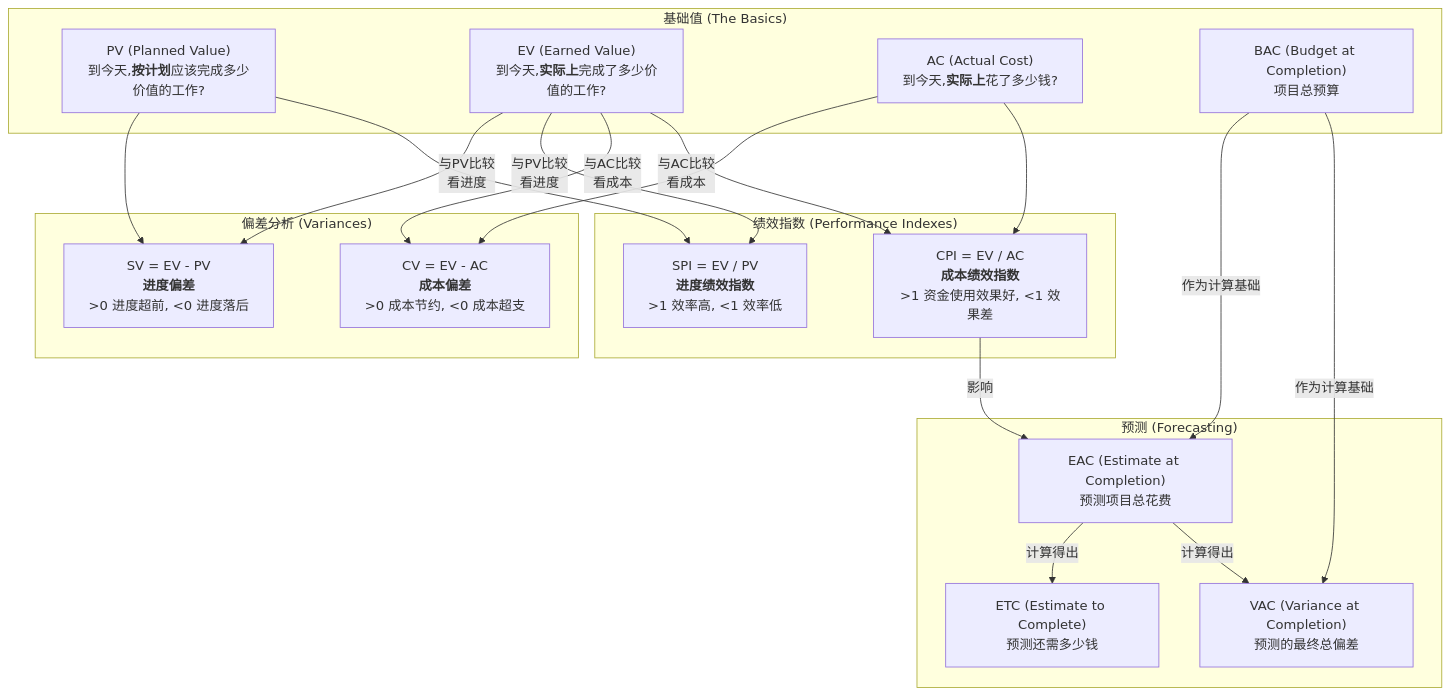
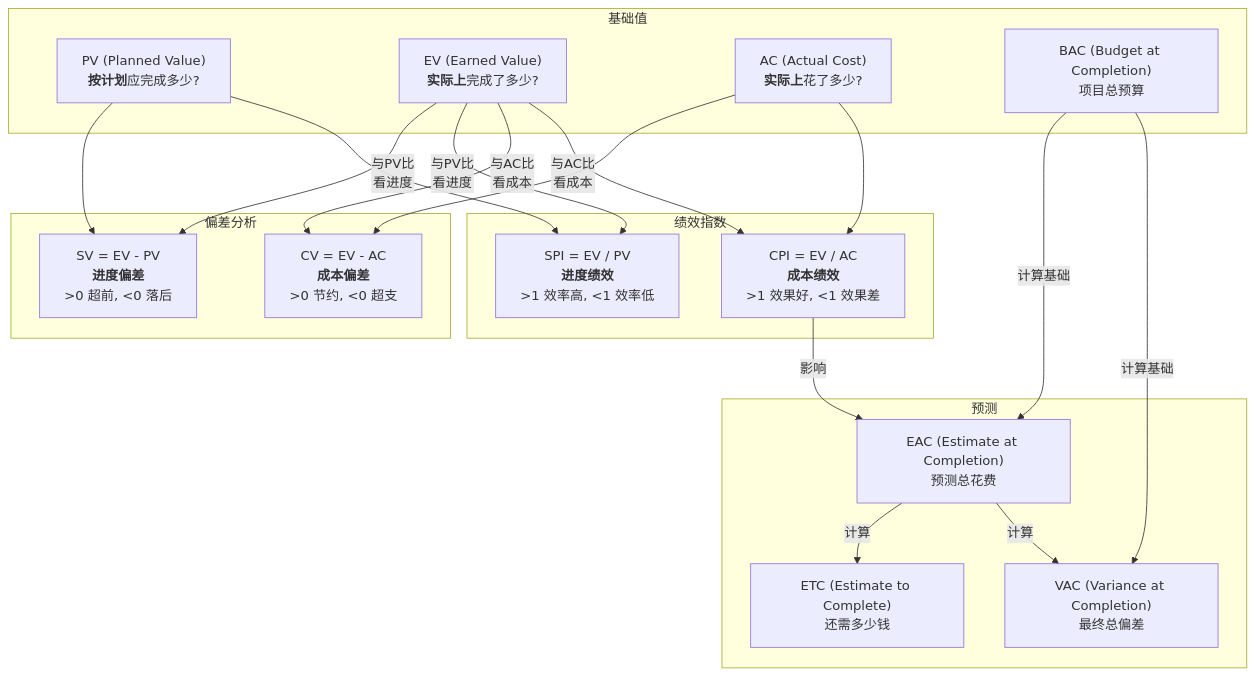
One commit to 7kolor/pmp-notes changed the third of 4 diagrams in notes/02-过程域核心考点精解.md. Above: the diagram before and after it, drawn with Mermaid. The commit also changed other lines of this file and 6 other files, not shown here.

First line of the commit message:
fix: 修复图表显示、标题和格式问题

````diff
--- a/notes/02-过程域核心考点精解.md
+++ b/notes/02-过程域核心考点精解.md
@@ -158,33 +131,33 @@
 ```mermaid
 graph TD
-    subgraph "基础值 (The Basics)"
-        PV["PV (Planned Value)<br>到今天,<b>按计划</b>应该完成多少价值的工作?"]
-        EV["EV (Earned Value)<br>到今天,<b>实际上</b>完成了多少价值的工作?"]
-        AC["AC (Actual Cost)<br>到今天,<b>实际上</b>花了多少钱?"]
+    subgraph 基础值
+        PV["PV (Planned Value)<br><b>按计划</b>应完成多少?"]
+        EV["EV (Earned Value)<br><b>实际上</b>完成了多少?"]
+        AC["AC (Actual Cost)<br><b>实际上</b>花了多少?"]
         BAC["BAC (Budget at Completion)<br>项目总预算"]
     end
     
-    subgraph "偏差分析 (Variances)"
-        SV["SV = EV - PV<br><b>进度偏差</b><br>>0 进度超前, <0 进度落后"]
-        CV["CV = EV - AC<br><b>成本偏差</b><br>>0 成本节约, <0 成本超支"]
+    subgraph 偏差分析
+        SV["SV = EV - PV<br><b>进度偏差</b><br>>0 超前, <0 落后"]
+        CV["CV = EV - AC<br><b>成本偏差</b><br>>0 节约, <0 超支"]
     end
     
-    subgraph "绩效指数 (Performance Indexes)"
-        SPI["SPI = EV / PV<br><b>进度绩效指数</b><br>>1 效率高, <1 效率低"]
-        CPI["CPI = EV / AC<br><b>成本绩效指数</b><br>>1 资金使用效果好, <1 效果差"]
+    subgraph 绩效指数
+        SPI["SPI = EV / PV<br><b>进度绩效</b><br>>1 效率高, <1 效率低"]
+        CPI["CPI = EV / AC<br><b>成本绩效</b><br>>1 效果好, <1 效果差"]
     end
     
-    subgraph "预测 (Forecasting)"
-        EAC["EAC (Estimate at Completion)<br>预测项目总花费"]
-        ETC["ETC (Estimate to Complete)<br>预测还需多少钱"]
-        VAC["VAC (Variance at Completion)<br>预测的最终总偏差"]
+    subgraph 预测
+        EAC["EAC (Estimate at Completion)<br>预测总花费"]
+        ETC["ETC (Estimate to Complete)<br>还需多少钱"]
+        VAC["VAC (Variance at Completion)<br>最终总偏差"]
     end
     
-    EV -- "与PV比较<br>看进度" --> SV & SPI
+    EV -- "与PV比<br>看进度" --> SV & SPI
     PV -- " " --> SV & SPI
-    EV -- "与AC比较<br>看成本" --> CV & CPI
+    EV -- "与AC比<br>看成本" --> CV & CPI
     AC -- " " --> CV & CPI
-    BAC -- "作为计算基础" --> EAC & VAC
+    BAC -- "计算基础" --> EAC & VAC
     CPI -- "影响" --> EAC
-    EAC -- "计算得出" --> ETC & VAC
+    EAC -- "计算" --> ETC & VAC
 ```
````
